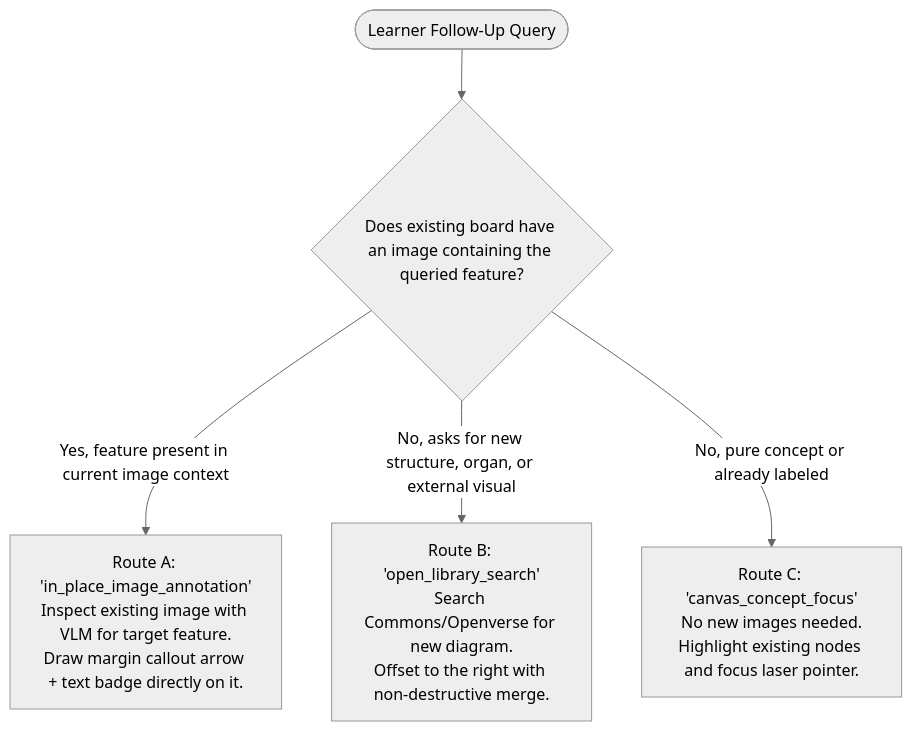
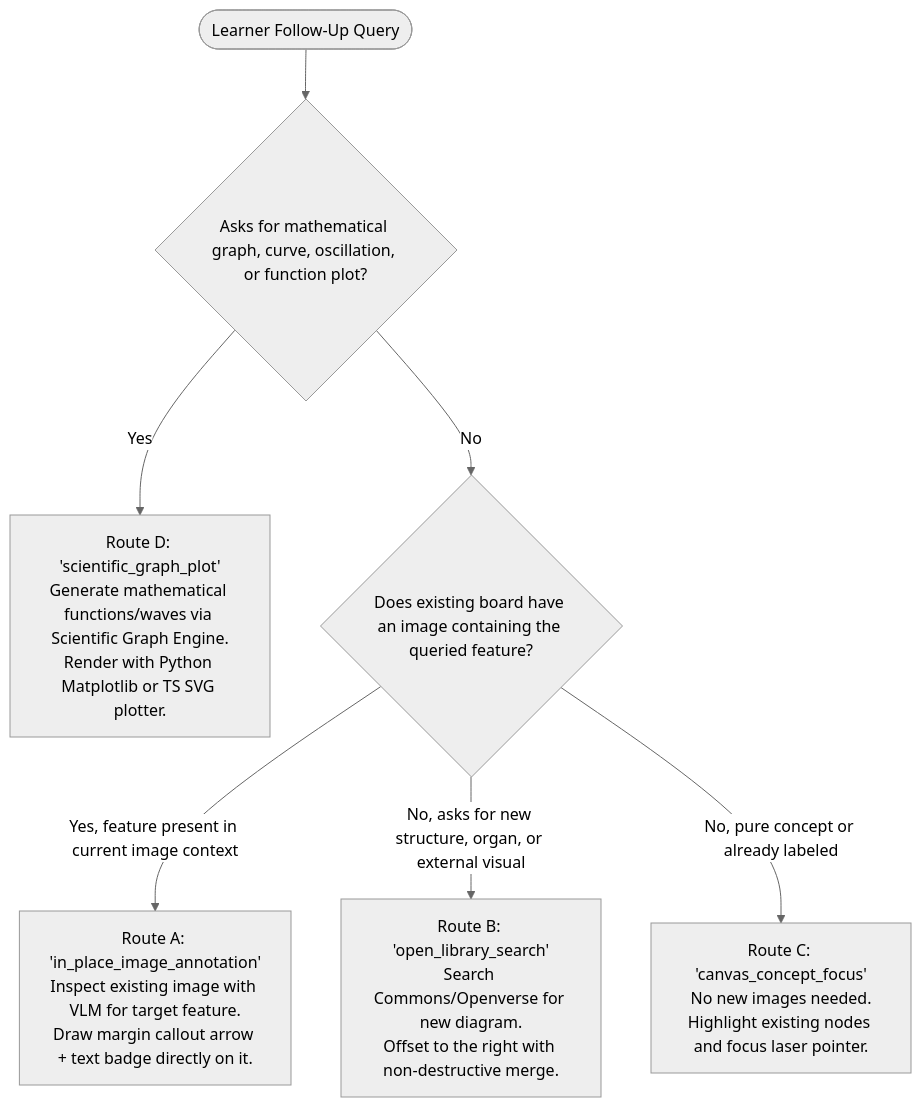
The second of 7 diagrams in SCHEMAS.md (kushagarwal2910-lang/chalkie-2-1), drawn with Mermaid (neutral theme) before and after one commit. The commit also changed other lines of this file and 81 other files, not shown here.

First line of the commit message:
feat: multi-tool agent architecture, authentic matplotlib engine, sequential formula flowcards & speech fixes

````diff
--- a/SCHEMAS.md
+++ b/SCHEMAS.md
@@ -141,7 +174,9 @@
 ```mermaid
 graph TD
-    FollowUp([Learner Follow-Up Query]) --> CheckExistingImg{Does existing board have an image containing the queried feature?}
+    FollowUp([Learner Follow-Up Query]) --> CheckMath{Asks for mathematical graph, curve, oscillation, or function plot?}
+    CheckMath -->|Yes| RouteD[Route D: 'scientific_graph_plot'<br>Generate mathematical functions/waves via Scientific Graph Engine.<br>Render with Python Matplotlib or TS SVG plotter.]
+    CheckMath -->|No| CheckExistingImg{Does existing board have an image containing the queried feature?}
     CheckExistingImg -->|Yes, feature present in current image context| RouteA[Route A: 'in_place_image_annotation'<br>Inspect existing image with VLM for target feature.<br>Draw margin callout arrow + text badge directly on it.]
     CheckExistingImg -->|No, asks for new structure, organ, or external visual| RouteB[Route B: 'open_library_search'<br>Search Commons/Openverse for new diagram.<br>Offset to the right with non-destructive merge.]
     CheckExistingImg -->|No, pure concept or already labeled| RouteC[Route C: 'canvas_concept_focus'<br>No new images needed.<br>Highlight existing nodes and focus laser pointer.]
 ```
````
